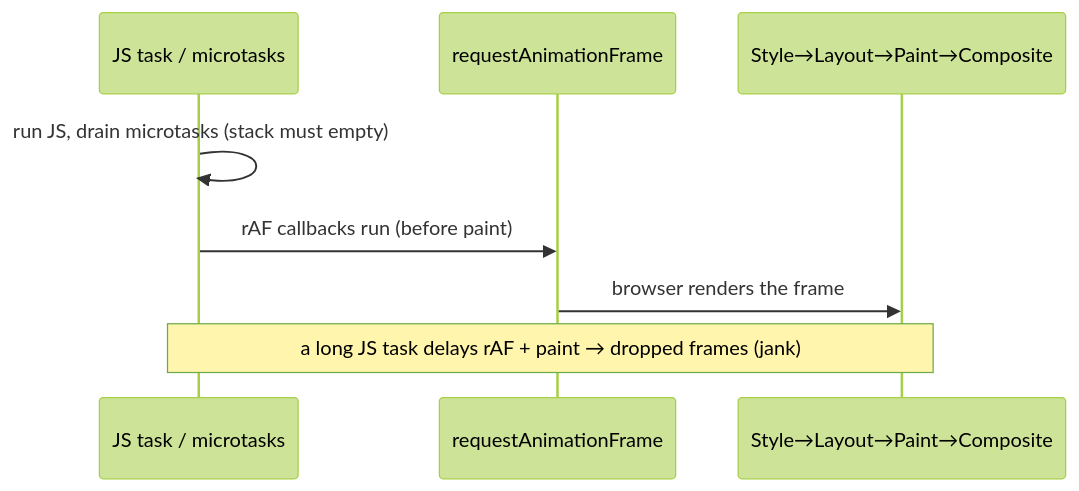
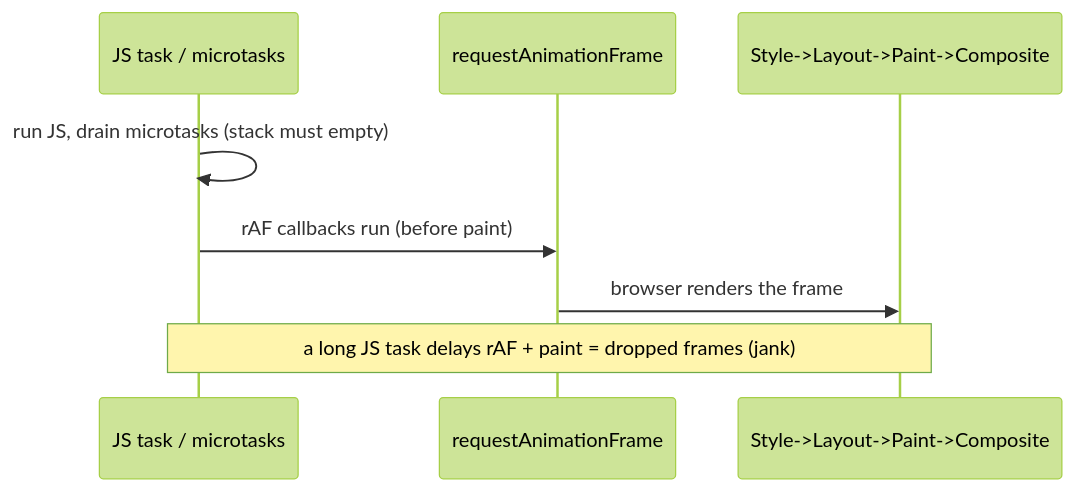
The second of 2 diagrams in packages/content/content/07-browser-rendering.mdx (ashishxcode/frontend-internals), drawn with Mermaid (forest theme) before and after one commit. The commit also changed other lines of this file and 29 other files, not shown here.

Commit message:
rewrite: roadmap engineer-to-engineer + all 34 chapters new spec

````diff
--- a/packages/content/content/07-browser-rendering.mdx
+++ b/packages/content/content/07-browser-rendering.mdx
@@ -122,10 +50,10 @@
 ```mermaid
 sequenceDiagram
   participant Task as JS task / microtasks
   participant RAF as requestAnimationFrame
-  participant Pipe as Style→Layout→Paint→Composite
+  participant Pipe as Style->Layout->Paint->Composite
   Task->>Task: run JS, drain microtasks (stack must empty)
   Task->>RAF: rAF callbacks run (before paint)
   RAF->>Pipe: browser renders the frame
-  Note over Task,Pipe: a long JS task delays rAF + paint → dropped frames (jank)
+  Note over Task,Pipe: a long JS task delays rAF + paint = dropped frames (jank)
 ```
````
